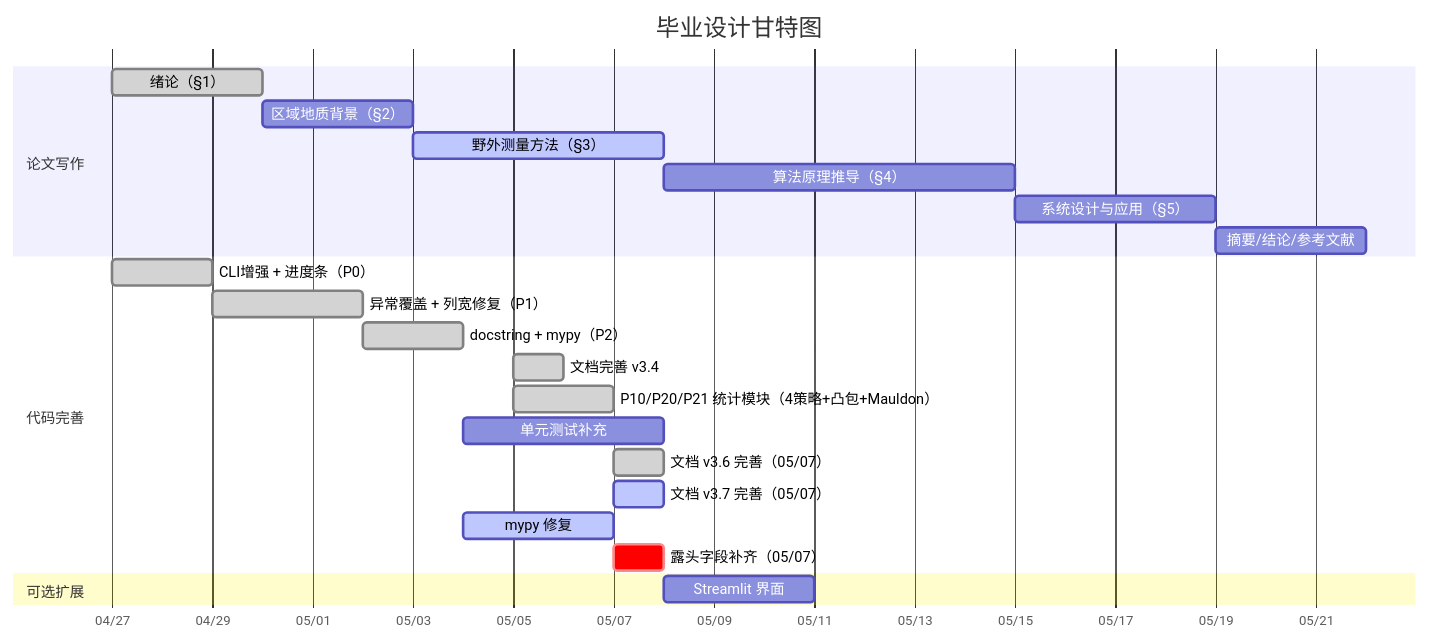
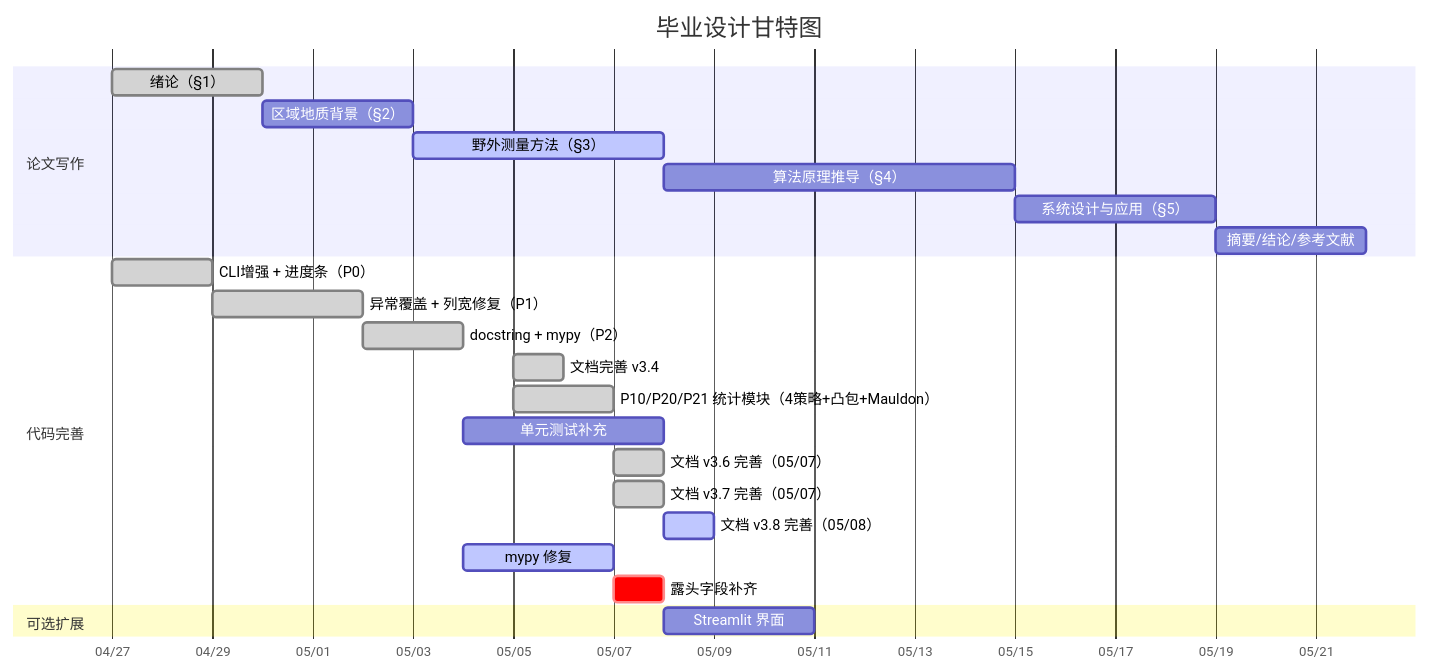
The diagram in reference/毕业设计任务流程与预期成果.md (zylyes/TracePipeline), drawn with Mermaid before and after one commit. The commit also changed other lines of this file and 11 other files, not shown here.

````diff
--- a/reference/毕业设计任务流程与预期成果.md
+++ b/reference/毕业设计任务流程与预期成果.md
@@ -359,29 +496,30 @@
 ```mermaid
 gantt
     title 毕业设计甘特图
     dateFormat  YYYY-MM-DD
     axisFormat  %m/%d
 
     section 论文写作
     绪论（§1）               :done, a0, 2026-04-27, 3d
     区域地质背景（§2）        :a1, after a0, 3d
     野外测量方法（§3）        :active, a2, after a1, 5d
     算法原理推导（§4）        :a3, after a2, 7d
     系统设计与应用（§5）      :a4, after a3, 4d
     摘要/结论/参考文献        :a5, after a4, 3d
 
     section 代码完善
     CLI增强 + 进度条（P0）    :done, b1, 2026-04-27, 2d
     异常覆盖 + 列宽修复（P1） :done, b2, after b1, 3d
     docstring + mypy（P2）   :done, b3, after b2, 2d
     文档完善 v3.4             :done, c3, 2026-05-05, 1d
     P10/P20/P21 统计模块（4策略+凸包+Mauldon） :done, b5, 2026-05-05, 2d
-     单元测试补充              :b4, after b3, 4d
-     文档 v3.6 完善（05/07）   :done, d1, 2026-05-07, 1d
-     文档 v3.7 完善（05/07）   :active, d3, 2026-05-07, 1d
-     mypy 修复                 :active, b6, after b3, 3d
-     露头字段补齐（05/07）     :crit, d2, 2026-05-07, 1d
+    单元测试补充              :b4, after b3, 4d
+    文档 v3.6 完善（05/07）   :done, d1, 2026-05-07, 1d
+    文档 v3.7 完善（05/07）   :done, d3, 2026-05-07, 1d
+    文档 v3.8 完善（05/08）   :active, d4, 2026-05-08, 1d
+    mypy 修复                 :active, b6, after b3, 3d
+    露头字段补齐              :crit, d2, 2026-05-07, 1d
 
     section 可选扩展
     Streamlit 界面            :c1, after b4, 3d
 ```
````
